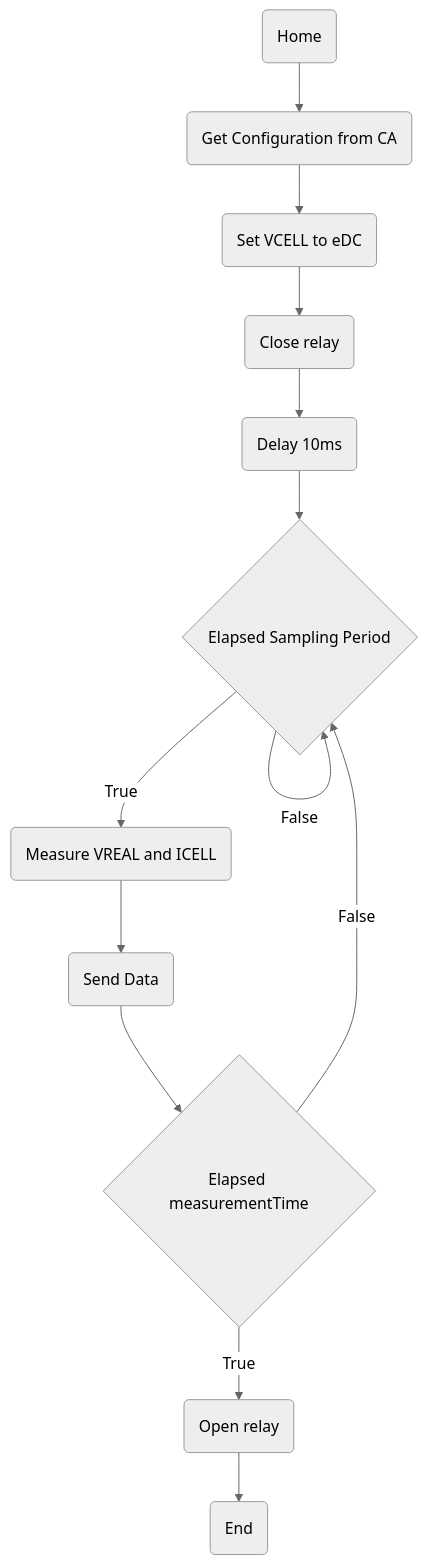
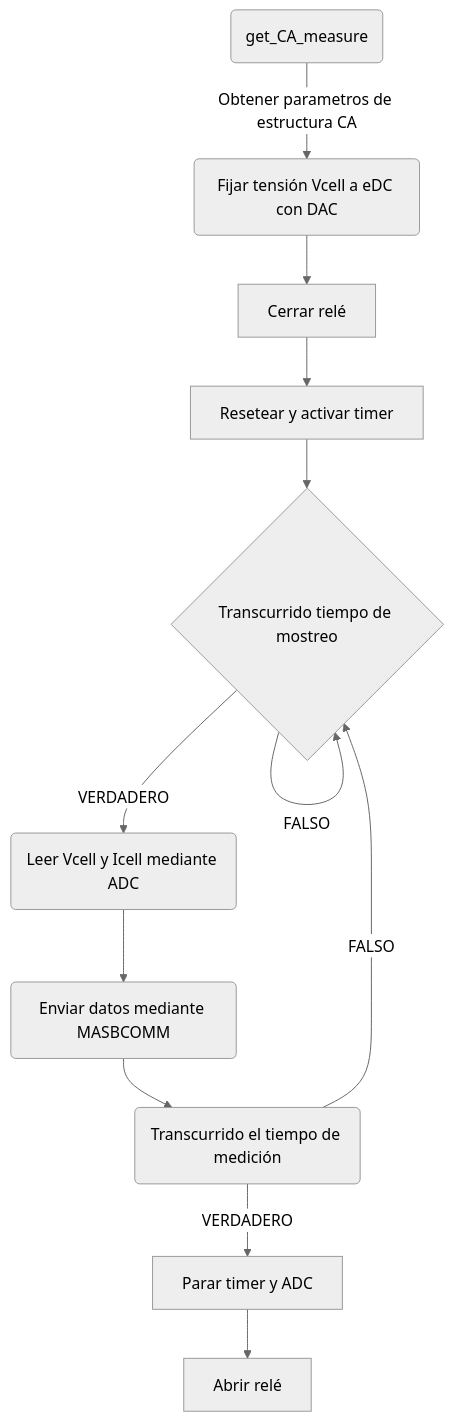
One commit to TheAlbertDev/MASB changed the second of 2 diagrams in content/projects/student-projects/2023/masb-pot-s-xavi-2/readme.en.md. Above: the diagram before and after it, drawn with Mermaid (neutral theme). The commit also changed other lines of this file and 1 other file, not shown here.

````diff
--- a/content/projects/student-projects/2023/masb-pot-s-xavi-2/readme.en.md
+++ b/content/projects/student-projects/2023/masb-pot-s-xavi-2/readme.en.md
@@ -228,15 +153,14 @@
 ```mermaid
-graph TD
-    A(Home) --> B(Get Configuration from CA)
-    B --> C(Set VCELL to eDC)
-    C --> D(Close relay)
-    D --> E(Delay 10ms)
-    E --> F{Elapsed Sampling Period}
-    F -->|False| F
-    F -->|True| G(Measure VREAL and ICELL)
-    G --> H(Send Data)
-    H --> I{Elapsed measurementTime}
-    I -->|False| F
-    I -->|True| J(Open relay)
-    J --> K(End)
+flowchart TD
+    A(get_CA_measure) -->|Obtener parametros de estructura CA| B(Fijar tensión Vcell a eDC con DAC)
+    B --> C[Cerrar relé]
+    C -->D[Resetear y activar timer]
+    D --> E{Transcurrido tiempo de mostreo}
+    E --> |FALSO| E
+    E --> |VERDADERO| F(Leer Vcell y Icell mediante ADC)
+    F -->G(Enviar datos mediante MASBCOMM)
+    G --> H(Transcurrido el tiempo de medición)
+    H --> |FALSO| E
+    H --> |VERDADERO| I[ Parar timer y ADC ]
+    I --> J[Abrir relé ]
 ```
````
